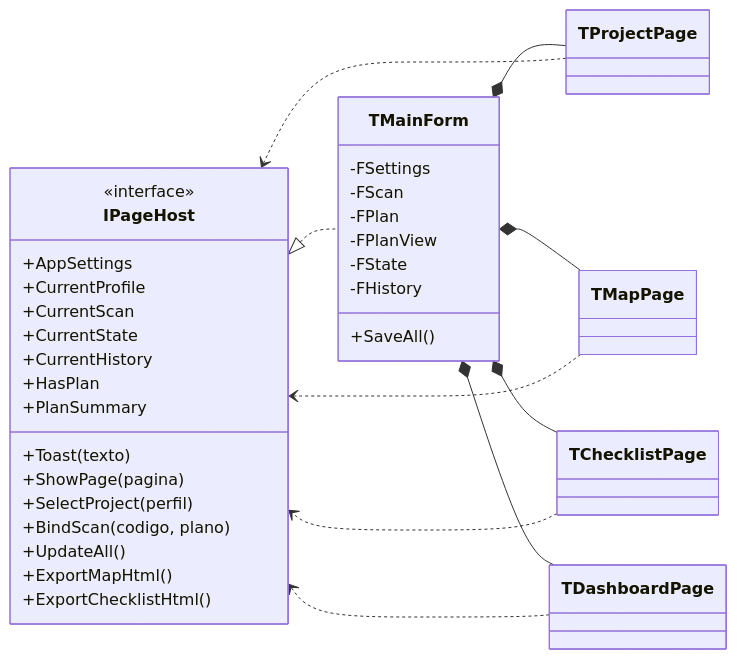
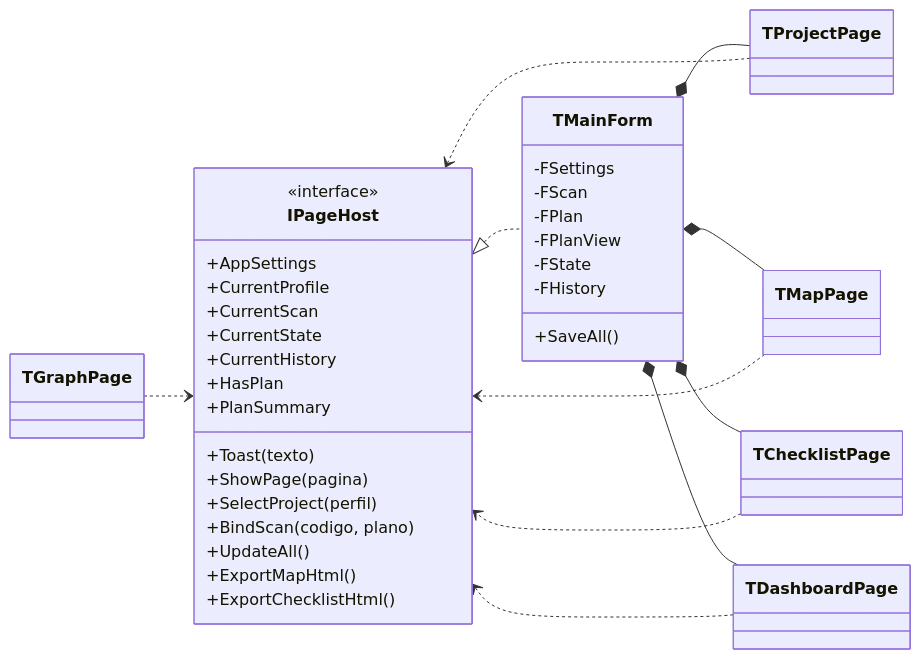
Before and after one commit to JFSF/CodeManager: the sixth of 7 diagrams in docs/ARQUITETURA.md, drawn with Mermaid. The commit also changed other lines of this file and 63 other files, not shown here.

````diff
--- a/docs/ARQUITETURA.md
+++ b/docs/ARQUITETURA.md
@@ -300,45 +300,46 @@
 ```mermaid
 classDiagram
     direction LR
 
     class IPageHost {
         <<interface>>
         +AppSettings
         +CurrentProfile
         +CurrentScan
         +CurrentState
         +CurrentHistory
         +HasPlan
         +PlanSummary
         +Toast(texto)
         +ShowPage(pagina)
         +SelectProject(perfil)
         +BindScan(codigo, plano)
         +UpdateAll()
         +ExportMapHtml()
         +ExportChecklistHtml()
     }
     class TMainForm {
         -FSettings
         -FScan
         -FPlan
         -FPlanView
         -FState
         -FHistory
         +SaveAll()
     }
     class TProjectPage
     class TMapPage
     class TChecklistPage
     class TDashboardPage
 
     IPageHost <|.. TMainForm
     TMainForm *-- TProjectPage
     TMainForm *-- TMapPage
     TMainForm *-- TChecklistPage
     TMainForm *-- TDashboardPage
     TProjectPage ..> IPageHost
     TMapPage ..> IPageHost
     TChecklistPage ..> IPageHost
     TDashboardPage ..> IPageHost
+    TGraphPage ..> IPageHost
 ```
````
